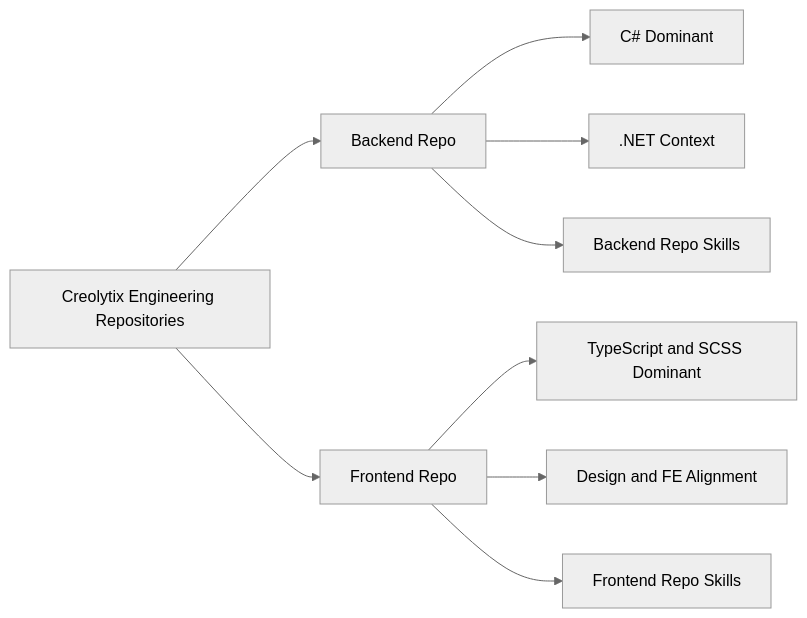
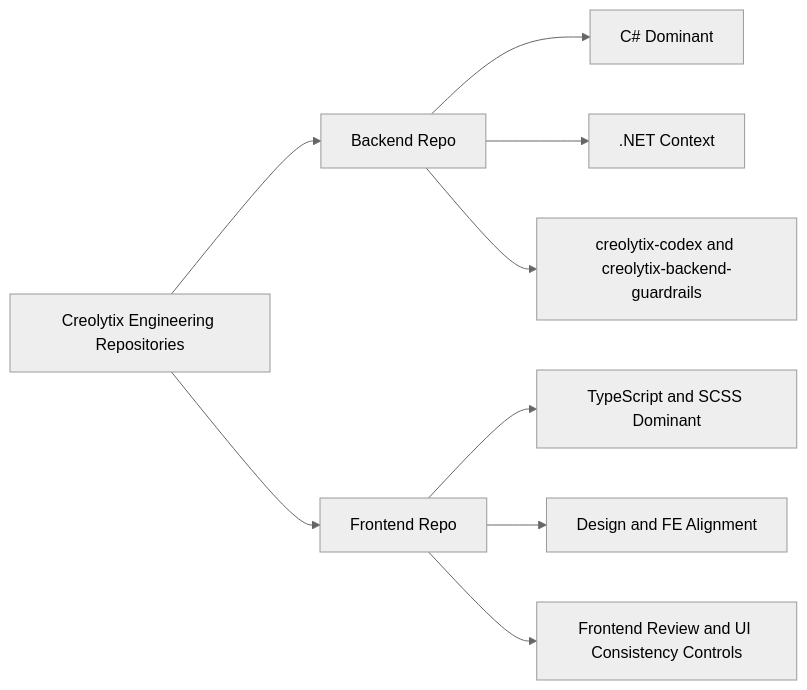
Diagram 12 of 23 in creolytix-ai-delivery-model.md (refat-asadullah-creolytix-dev/refat-asadullah-creolytix-dev), drawn with Mermaid (neutral theme) before and after one commit. The commit also changed other lines of this file, not shown here.

````diff
--- a/creolytix-ai-delivery-model.md
+++ b/creolytix-ai-delivery-model.md
@@ -413,13 +473,13 @@
 ```mermaid
 flowchart LR
     A[Creolytix Engineering Repositories] --> B[Backend Repo]
     A --> C[Frontend Repo]
 
     B --> B1[C# Dominant]
     B --> B2[.NET Context]
-    B --> B3[Backend Repo Skills]
+    B --> B3[creolytix-codex and creolytix-backend-guardrails]
 
     C --> C1[TypeScript and SCSS Dominant]
     C --> C2[Design and FE Alignment]
-    C --> C3[Frontend Repo Skills]
+    C --> C3[Frontend Review and UI Consistency Controls]
 ```
````
